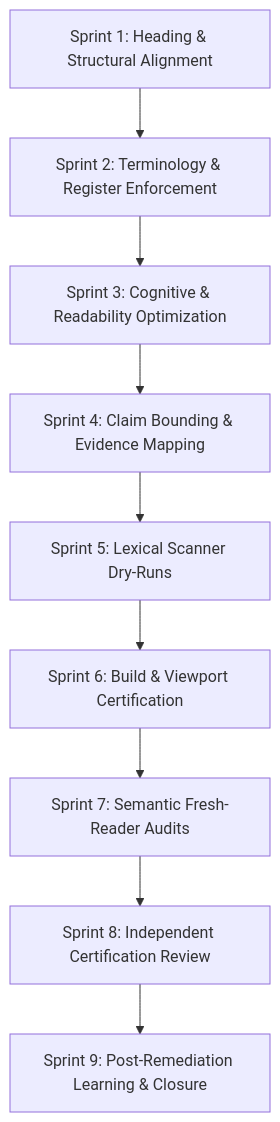
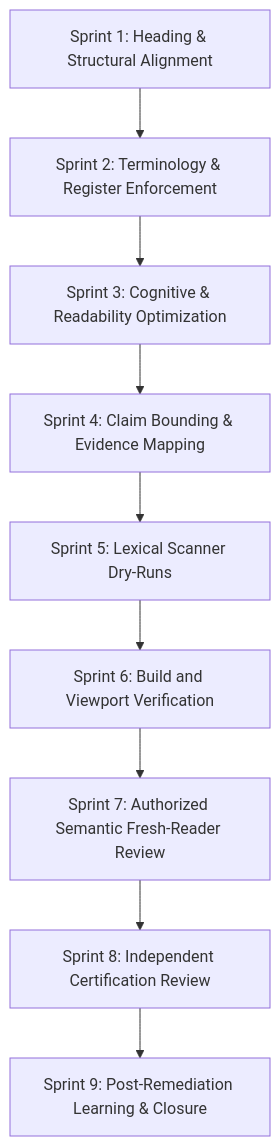
One commit to BGA360/bridgenta-portfolio changed the diagram in docs/becc/standards/BECC-PUBLIC-PAGE-ROLLOUT-GUIDE-v1.1.md. Above: the diagram before and after it, drawn with Mermaid. The commit also changed other lines of this file and 6 other files, not shown here.

````diff
--- a/docs/becc/standards/BECC-PUBLIC-PAGE-ROLLOUT-GUIDE-v1.1.md
+++ b/docs/becc/standards/BECC-PUBLIC-PAGE-ROLLOUT-GUIDE-v1.1.md
@@ -15,11 +33,11 @@
 ```mermaid
 graph TD
     S1[Sprint 1: Heading & Structural Alignment] --> S2[Sprint 2: Terminology & Register Enforcement]
     S2 --> S3[Sprint 3: Cognitive & Readability Optimization]
     S3 --> S4[Sprint 4: Claim Bounding & Evidence Mapping]
     S4 --> S5[Sprint 5: Lexical Scanner Dry-Runs]
-    S5 --> S6[Sprint 6: Build & Viewport Certification]
-    S6 --> S7[Sprint 7: Semantic Fresh-Reader Audits]
+    S5 --> S6[Sprint 6: Build and Viewport Verification]
+    S6 --> S7[Sprint 7: Authorized Semantic Fresh-Reader Review]
     S7 --> S8[Sprint 8: Independent Certification Review]
     S8 --> S9[Sprint 9: Post-Remediation Learning & Closure]
 ```
````
